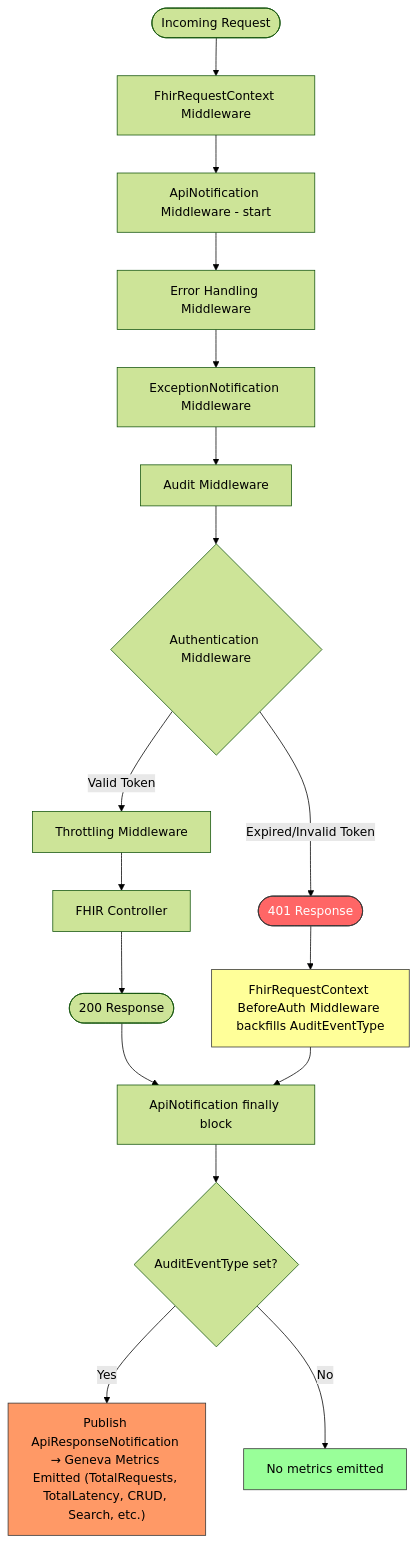
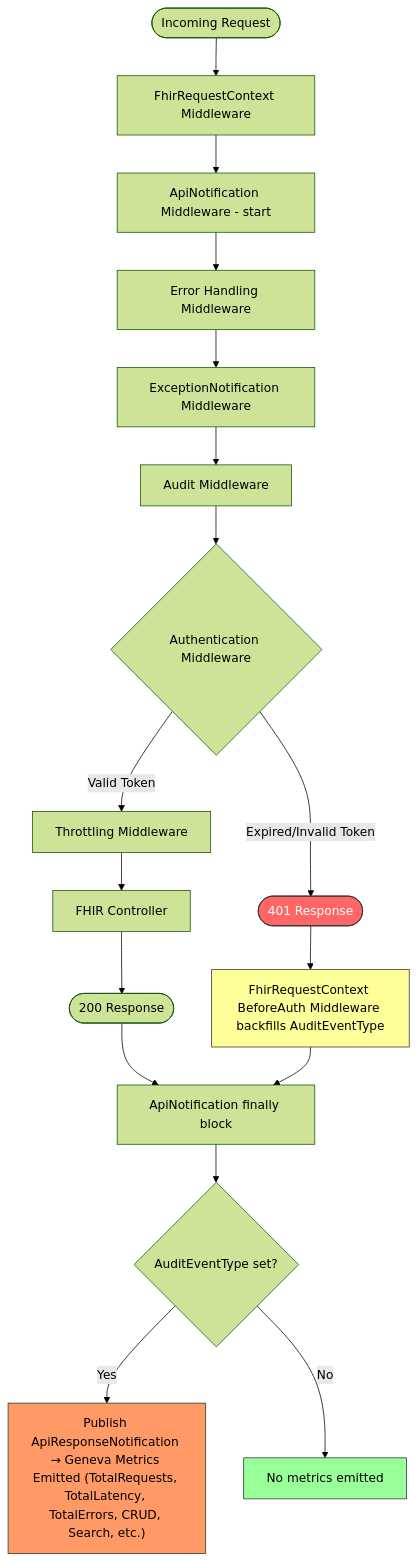
Before and after one commit to microsoft/fhir-server: the first of 2 diagrams in docs/arch/adr-2605-metric-emission-rate-limiting.md, drawn with Mermaid (forest theme). The commit also changed other lines of this file and 2 other files, not shown here.

First line of the commit message:
Suppress 401/403 metrics at emission point

````diff
--- a/docs/arch/adr-2605-metric-emission-rate-limiting.md
+++ b/docs/arch/adr-2605-metric-emission-rate-limiting.md
@@ -73,28 +37,28 @@
 ```mermaid
 flowchart TD
     REQ([Incoming Request]) --> CTX[FhirRequestContext Middleware]
     CTX --> API_START[ApiNotification Middleware - start]
     API_START --> ERR[Error Handling Middleware]
     ERR --> EXC[ExceptionNotification Middleware]
     EXC --> AUDIT[Audit Middleware]
     AUDIT --> AUTH{Authentication Middleware}
 
     AUTH -->|Valid Token| THROTTLE[Throttling Middleware]
     THROTTLE --> CONTROLLER[FHIR Controller]
     CONTROLLER --> RESP_OK([200 Response])
 
     AUTH -->|Expired/Invalid Token| RESP_401([401 Response])
 
     RESP_OK --> API_FINALLY[ApiNotification finally block]
     RESP_401 --> BACKFILL[FhirRequestContext BeforeAuth Middleware backfills AuditEventType]
     BACKFILL --> API_FINALLY
 
     API_FINALLY --> PUBLISH{AuditEventType set?}
-    PUBLISH -->|Yes| EMIT["Publish ApiResponseNotification → Geneva Metrics Emitted (TotalRequests, TotalLatency, CRUD, Search, etc.)"]
+    PUBLISH -->|Yes| EMIT["Publish ApiResponseNotification → Geneva Metrics Emitted (TotalRequests, TotalLatency, TotalErrors, CRUD, Search, etc.)"]
     PUBLISH -->|No| SKIP[No metrics emitted]
 
     style RESP_401 fill:#f66,stroke:#333,color:#fff
     style EMIT fill:#f96,stroke:#333,color:#000
     style BACKFILL fill:#ff9,stroke:#333,color:#000
     style SKIP fill:#9f9,stroke:#333,color:#000
 ```
````
